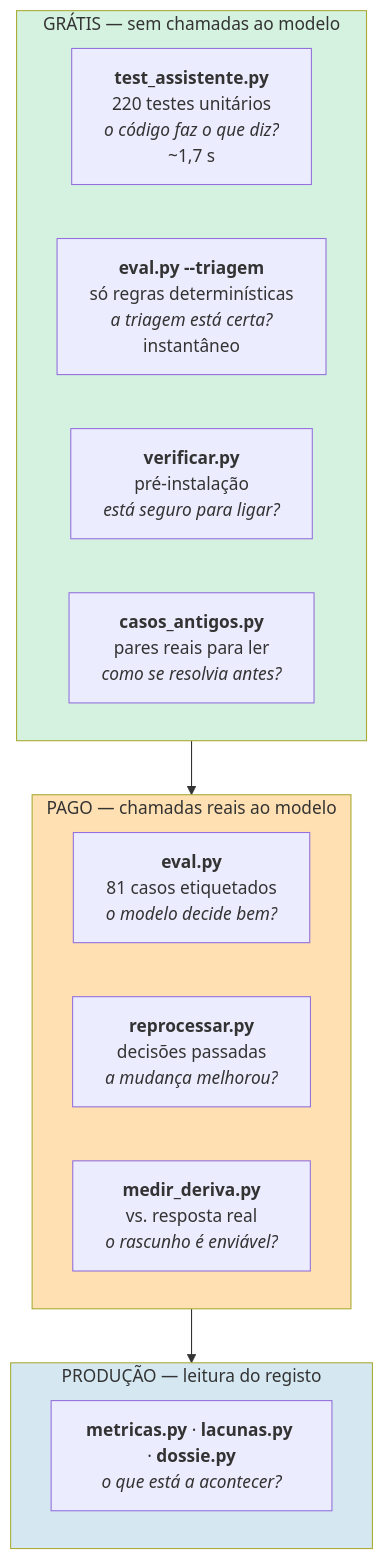
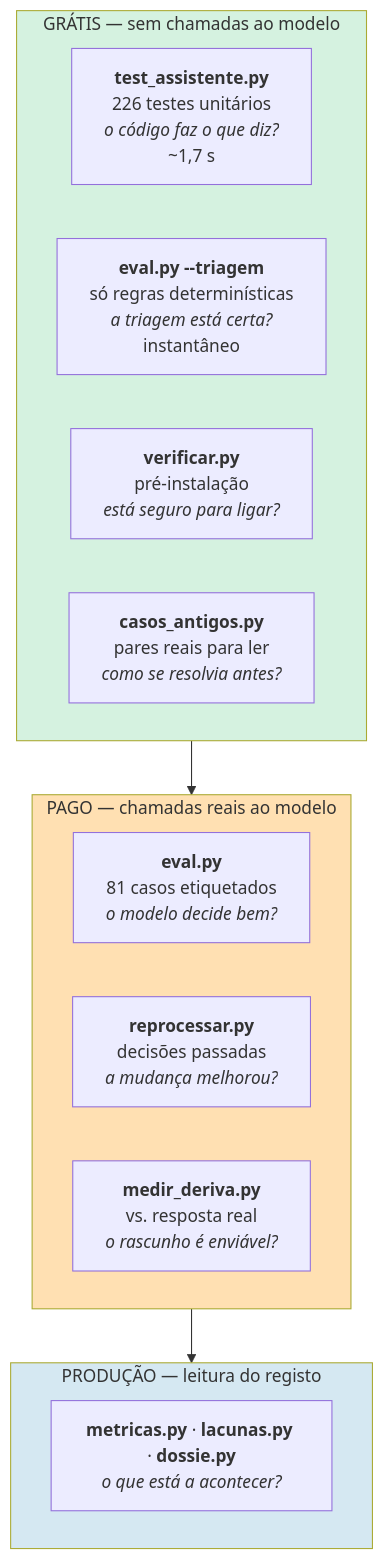
Before and after one commit to joaocarvalhini/Outlook-Reply-Assistant: the first of 3 diagrams in docs/05-reliability/qa.md, drawn with Mermaid. The commit also changed other lines of this file and 4 other files, not shown here.

````diff
--- a/docs/05-reliability/qa.md
+++ b/docs/05-reliability/qa.md
@@ -19,22 +19,22 @@
 ```mermaid
 flowchart TB
     subgraph G["GRÁTIS — sem chamadas ao modelo"]
-        T1["<b>test_assistente.py</b><br/>220 testes unitários<br/><i>o código faz o que diz?</i><br/>~1,7 s"]
+        T1["<b>test_assistente.py</b><br/>226 testes unitários<br/><i>o código faz o que diz?</i><br/>~1,7 s"]
         T2["<b>eval.py --triagem</b><br/>só regras determinísticas<br/><i>a triagem está certa?</i><br/>instantâneo"]
         T3["<b>verificar.py</b><br/>pré-instalação<br/><i>está seguro para ligar?</i>"]
         T4["<b>casos_antigos.py</b><br/>pares reais para ler<br/><i>como se resolvia antes?</i>"]
     end
     subgraph P["PAGO — chamadas reais ao modelo"]
         T5["<b>eval.py</b><br/>81 casos etiquetados<br/><i>o modelo decide bem?</i>"]
         T6["<b>reprocessar.py</b><br/>decisões passadas<br/><i>a mudança melhorou?</i>"]
         T7["<b>medir_deriva.py</b><br/>vs. resposta real<br/><i>o rascunho é enviável?</i>"]
     end
     subgraph PR["PRODUÇÃO — leitura do registo"]
         T8["<b>metricas.py</b> · <b>lacunas.py</b> · <b>dossie.py</b><br/><i>o que está a acontecer?</i>"]
     end
 
     G --> P --> PR
     style G fill:#d5f2e0
     style P fill:#ffe0b2
     style PR fill:#d5e8f2
 ```
````
